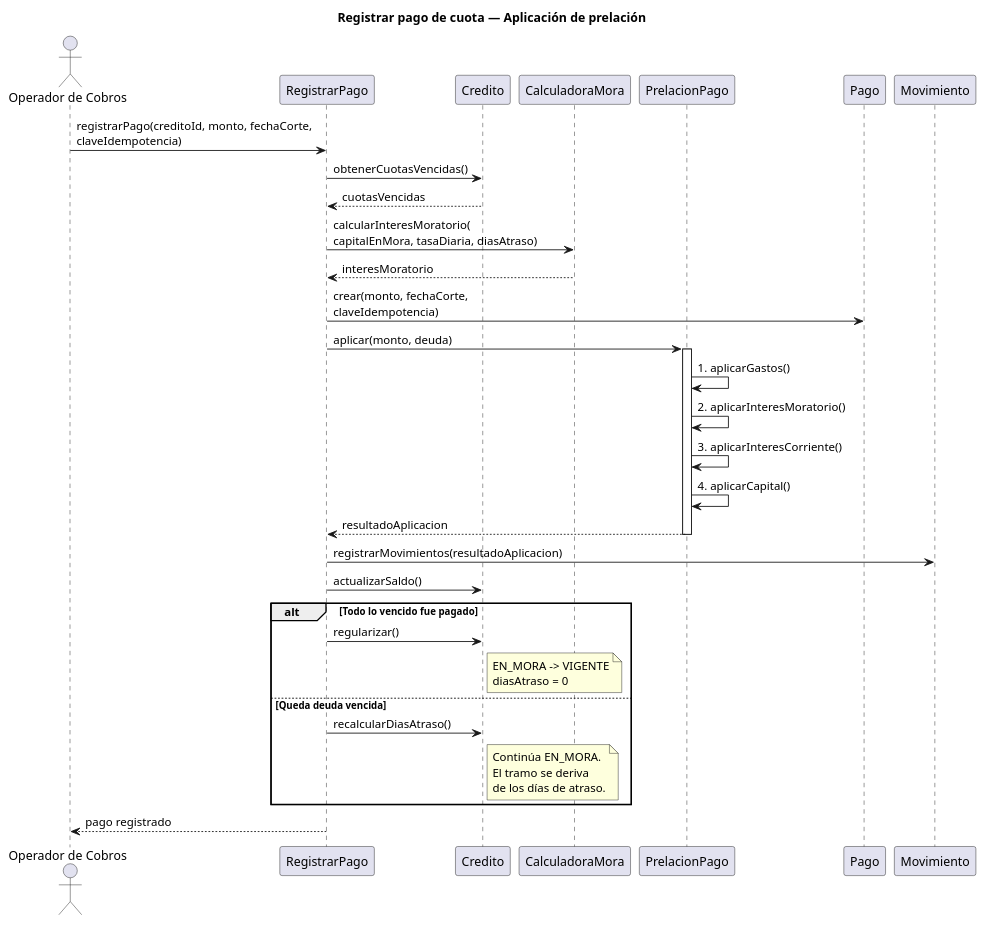
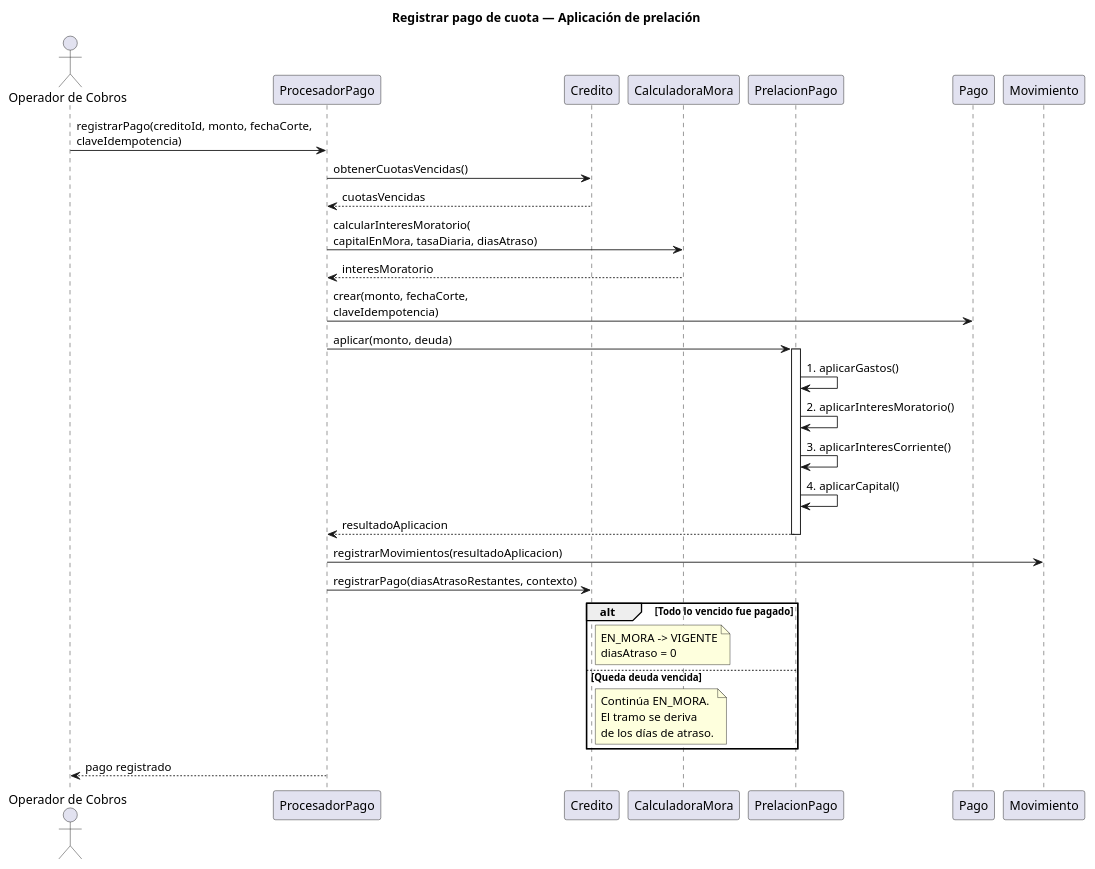
The diagram in docs/diagramas/uml/secuencia-registrar-pago.puml (Willy4994/fintech-microcreditos-grupo01), drawn with PlantUML before and after one commit. The commit also changed 22 other files, not shown here.

Commit message:
Se corrigieron test y UML

```diff
--- a/docs/diagramas/uml/secuencia-registrar-pago.puml
+++ b/docs/diagramas/uml/secuencia-registrar-pago.puml
@@ -1,59 +1,57 @@
 @startuml
 title Registrar pago de cuota — Aplicación de prelación
 
 actor "Operador de Cobros" as Operador
 
-participant "RegistrarPago" as CasoUso
+participant "ProcesadorPago" as CasoUso
 participant "Credito" as Credito
 participant "CalculadoraMora" as Mora
 participant "PrelacionPago" as Prelacion
 participant "Pago" as Pago
 participant "Movimiento" as Movimiento
 
 Operador -> CasoUso : registrarPago(creditoId, monto, fechaCorte,\nclaveIdempotencia)
 
 CasoUso -> Credito : obtenerCuotasVencidas()
 
 Credito --> CasoUso : cuotasVencidas
 
 CasoUso -> Mora : calcularInteresMoratorio(\ncapitalEnMora, tasaDiaria, diasAtraso)
 
 Mora --> CasoUso : interesMoratorio
 
 CasoUso -> Pago : crear(monto, fechaCorte,\nclaveIdempotencia)
 
 CasoUso -> Prelacion : aplicar(monto, deuda)
 
 activate Prelacion
 
 Prelacion -> Prelacion : 1. aplicarGastos()
 Prelacion -> Prelacion : 2. aplicarInteresMoratorio()
 Prelacion -> Prelacion : 3. aplicarInteresCorriente()
 Prelacion -> Prelacion : 4. aplicarCapital()
 
 Prelacion --> CasoUso : resultadoAplicacion
 
 deactivate Prelacion
 
 CasoUso -> Movimiento : registrarMovimientos(resultadoAplicacion)
 
-CasoUso -> Credito : actualizarSaldo()
+CasoUso -> Credito : registrarPago(diasAtrasoRestantes, contexto)
 
 alt Todo lo vencido fue pagado
-    CasoUso -> Credito : regularizar()
     note right of Credito
       EN_MORA -> VIGENTE
       diasAtraso = 0
     end note
 else Queda deuda vencida
-    CasoUso -> Credito : recalcularDiasAtraso()
     note right of Credito
       Continúa EN_MORA.
       El tramo se deriva
       de los días de atraso.
     end note
 end
 
 CasoUso --> Operador : pago registrado
 
 @enduml
```
